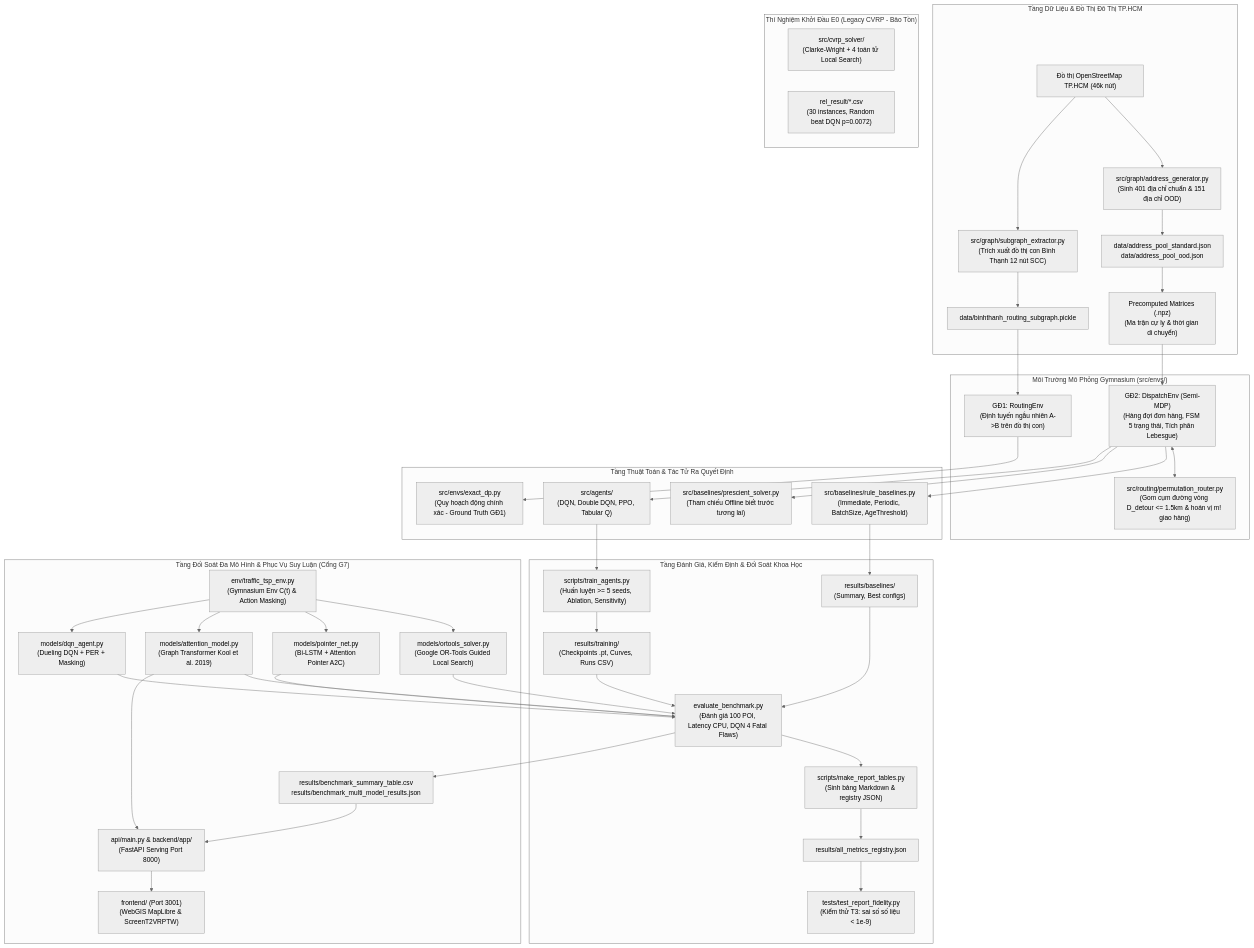
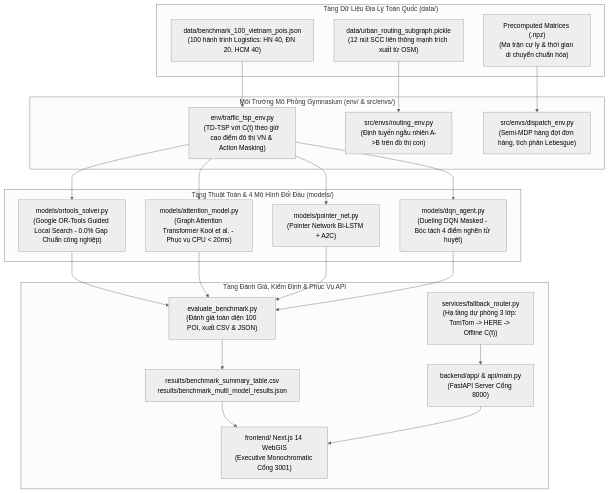
One commit to philipsgn/HotWAY changed the diagram in ARCHITECTURE.md. Above: the diagram before and after it, drawn with Mermaid (neutral theme). The commit also changed other lines of this file and 30 other files, not shown here.

Commit message:
feat(nationwide-benchmark): upgrade to nationwide 3-region logistics benchmark (Hanoi 40, Da Nang 20, HCMC 40), purge 9 legacy files, sync core docs v7.3.0, and re-run multi-model evaluation

````diff
--- a/ARCHITECTURE.md
+++ b/ARCHITECTURE.md
@@ -12,70 +12,43 @@
 ```mermaid
 flowchart TD
-    subgraph S1["Tầng Dữ Liệu & Đồ Thị Đô Thị TP.HCM"]
-        OSM["Đồ thị OpenStreetMap TP.HCM (46k nút)"]
-        SubExt["src/graph/subgraph_extractor.py\n(Trích xuất đồ thị con Bình Thạnh 12 nút SCC)"]
-        AddrGen["src/graph/address_generator.py\n(Sinh 401 địa chỉ chuẩn & 151 địa chỉ OOD)"]
-        MatPre["Precomputed Matrices (.npz)\n(Ma trận cự ly & thời gian di chuyển)"]
-        
-        OSM --> SubExt --> SubGraph["data/binhthanh_routing_subgraph.pickle"]
-        OSM --> AddrGen --> AddrPools["data/address_pool_standard.json\ndata/address_pool_ood.json"]
-        AddrPools --> MatPre
+    subgraph S1["Tầng Dữ Liệu Địa Lý Toàn Quốc (data/)"]
+        Bench["data/benchmark_100_vietnam_pois.json\n(100 hành trình Logistics: HN 40, ĐN 20, HCM 40)"]
+        UrbanGraph["data/urban_routing_subgraph.pickle\n(12 nút SCC liên thông mạnh trích xuất từ OSM)"]
+        MatPre["Precomputed Matrices (.npz)\n(Ma trận cự ly & thời gian di chuyển chuẩn hóa)"]
     end
 
-    subgraph S2["Môi Trường Mô Phỏng Gymnasium (src/envs/)"]
-        R_Env["GĐ1: RoutingEnv\n(Định tuyến ngẫu nhiên A->B trên đồ thị con)"]
-        D_Env["GĐ2: DispatchEnv (Semi-MDP)\n(Hàng đợi đơn hàng, FSM 5 trạng thái, Tích phân Lebesgue)"]
-        Router["src/routing/permutation_router.py\n(Gom cụm đường vòng D_detour <= 1.5km & hoán vị m! giao hàng)"]
+    subgraph S2["Môi Trường Mô Phỏng Gymnasium (env/ & src/envs/)"]
+        T_TSP["env/traffic_tsp_env.py\n(TD-TSP với C(t) theo giờ cao điểm đô thị VN & Action Masking)"]
+        R_Env["src/envs/routing_env.py\n(Định tuyến ngẫu nhiên A->B trên đồ thị con)"]
+        D_Env["src/envs/dispatch_env.py\n(Semi-MDP hàng đợi đơn hàng, tích phân Lebesgue)"]
         
-        SubGraph --> R_Env
+        Bench --> T_TSP
+        UrbanGraph --> R_Env
         MatPre --> D_Env
-        D_Env <--> Router
     end
 
-    subgraph S3["Tầng Thuật Toán & Tác Tử Ra Quyết Định"]
-        DP["src/envs/exact_dp.py\n(Quy hoạch động chính xác - Ground Truth GĐ1)"]
-        RuleBase["src/baselines/rule_baselines.py\n(Immediate, Periodic, BatchSize, AgeThreshold)"]
-        Prescient["src/baselines/prescient_solver.py\n(Tham chiếu Offline biết trước tương lai)"]
-        RL_Agents["src/agents/\n(DQN, Double DQN, PPO, Tabular Q)"]
+    subgraph S3["Tầng Thuật Toán & 4 Mô Hình Đối Đầu (models/)"]
+        ORTools["models/ortools_solver.py\n(Google OR-Tools Guided Local Search - 0.0% Gap Chuẩn công nghiệp)"]
+        AM["models/attention_model.py\n(Graph Attention Transformer Kool et al. - Phục vụ CPU < 20ms)"]
+        PtrNet["models/pointer_net.py\n(Pointer Network Bi-LSTM + A2C)"]
+        DQN["models/dqn_agent.py\n(Dueling DQN Masked - Bóc tách 4 điểm nghẽn tử huyệt)"]
         
-        R_Env --> DP
-        D_Env --> RuleBase
-        D_Env --> Prescient
-        D_Env --> RL_Agents
+        T_TSP --> ORTools
+        T_TSP --> AM
+        T_TSP --> PtrNet
+        T_TSP --> DQN
     end
 
-    subgraph S4["Tầng Đánh Giá, Kiểm Định & Đối Soát Khoa Học"]
-        TrainScript["scripts/train_agents.py\n(Huấn luyện >= 5 seeds, Ablation, Sensitivity)"]
-        EvalScript["scripts/compute_statistical_tests.py\n(Wilcoxon Signed-Rank & Holm-Bonferroni)"]
-        DocScript["scripts/make_report_tables.py\n(Sinh bảng Markdown & registry JSON)"]
-        TestFidelity["tests/test_report_fidelity.py\n(Kiểm thử T3: sai số số liệu < 1e-9)"]
+    subgraph S4["Tầng Đánh Giá, Kiểm Định & Phục Vụ API"]
+        BenchEval["evaluate_benchmark.py\n(Đánh giá toàn diện 100 POI, xuất CSV & JSON)"]
+        Fallback["services/fallback_router.py\n(Hạ tầng dự phòng 3 lớp: TomTom -> HERE -> Offline C(t))"]
+        FastAPI["backend/app/ & api/main.py\n(FastAPI Server Cổng 8000)"]
+        NextUI["frontend/ Next.js 14 WebGIS\n(Executive Monochromatic Cổng 3001)"]
         
-        RL_Agents --> TrainScript --> Results["results/training/\n(Checkpoints .pt, Curves, Runs CSV)"]
-        RuleBase --> BaseResults["results/baselines/\n(Summary, Best configs)"]
-        Results & BaseResults --> EvalScript
-        EvalScript --> DocScript --> Registry["results/all_metrics_registry.json"]
-        Registry --> TestFidelity
-    end
-
-    subgraph S5["Thí Nghiệm Khởi Đầu E0 (Legacy CVRP - Bảo Tồn)"]
-        OldSolver["src/cvrp_solver/\n(Clarke-Wright + 4 toán tử Local Search)"]
-        OldResults["rel_result/*.csv\n(30 instances, Random beat DQN p=0.0072)"]
-    end
-
-    subgraph S6["Tầng Đối Soát Đa Mô Hình & Phục Vụ Suy Luận (Cổng G7)"]
-        BenchEnv["env/traffic_tsp_env.py\n(Gymnasium Env C(t) & Action Masking)"]
-        M1_DQN["models/dqn_agent.py\n(Dueling DQN + PER + Masking)"]
-        M2_Ptr["models/pointer_net.py\n(Bi-LSTM + Attention Pointer A2C)"]
-        M3_AM["models/attention_model.py\n(Graph Transformer Kool et al. 2019)"]
-        M4_OR["models/ortools_solver.py\n(Google OR-Tools Guided Local Search)"]
-        
-        EvalScript["evaluate_benchmark.py\n(Đánh giá 100 POI, Latency CPU, DQN 4 Fatal Flaws)"]
-        ResultsCSV["results/benchmark_summary_table.csv\nresults/benchmark_multi_model_results.json"]
-        APIServ["api/main.py & backend/app/\n(FastAPI Serving Port 8000)"]
-        WebGISApp["frontend/ (Port 3001)\n(WebGIS MapLibre & ScreenT2VRPTW)"]
-        
-        BenchEnv --> M1_DQN & M2_Ptr & M3_AM & M4_OR
-        M1_DQN & M2_Ptr & M3_AM & M4_OR --> EvalScript --> ResultsCSV
-        M3_AM & ResultsCSV --> APIServ --> WebGISApp
+        ORTools & AM & PtrNet & DQN --> BenchEval
+        BenchEval --> Results["results/benchmark_summary_table.csv\nresults/benchmark_multi_model_results.json"]
+        Results --> NextUI
+        Fallback --> FastAPI
+        FastAPI --> NextUI
     end
 ```
````
